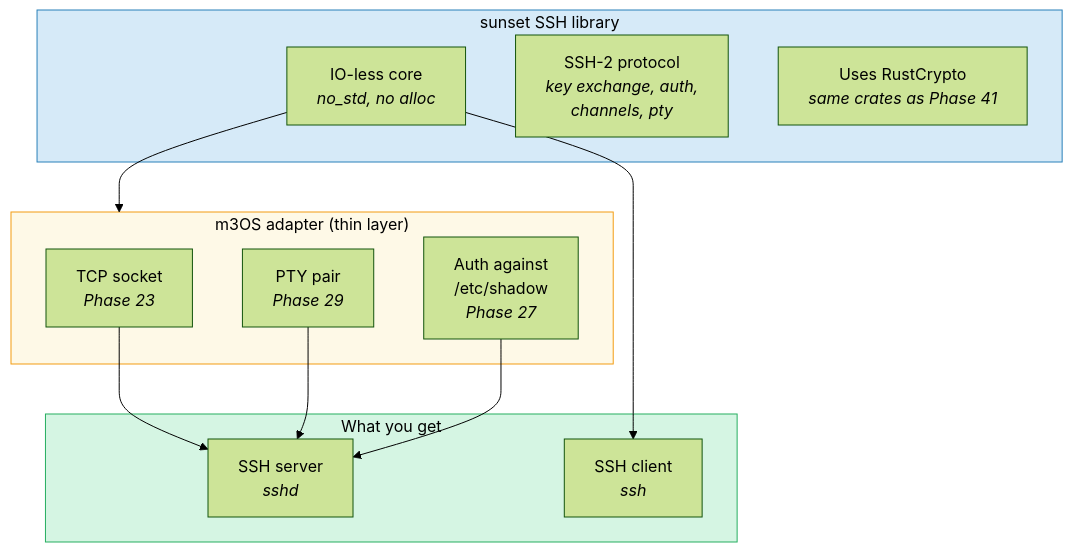
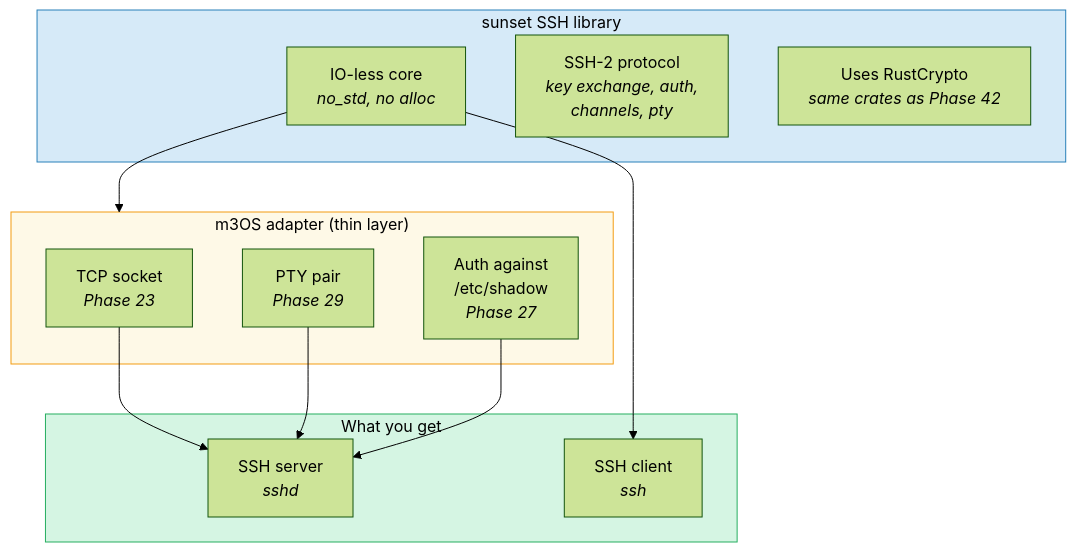
The third of 5 diagrams in docs/rust-crate-acceleration.md (mikecubed/m3OS), drawn with Mermaid (forest theme) before and after one commit. The commit also changed other lines of this file and 34 other files, not shown here.

````diff
--- a/docs/rust-crate-acceleration.md
+++ b/docs/rust-crate-acceleration.md
@@ -152,29 +152,29 @@
 ```mermaid
 flowchart TD
     subgraph SUNSET ["sunset SSH library"]
         CORE["IO-less core<br/><i>no_std, no alloc</i>"]
         PROTO["SSH-2 protocol<br/><i>key exchange, auth,<br/>channels, pty</i>"]
-        CRYPTO_INT["Uses RustCrypto<br/><i>same crates as Phase 41</i>"]
+        CRYPTO_INT["Uses RustCrypto<br/><i>same crates as Phase 42</i>"]
     end
 
     subgraph ADAPTER ["m3OS adapter (thin layer)"]
         SOCK["TCP socket<br/><i>Phase 23</i>"]
         PTY["PTY pair<br/><i>Phase 29</i>"]
         AUTH["Auth against<br/>/etc/shadow<br/><i>Phase 27</i>"]
     end
 
     subgraph RESULT ["What you get"]
         SERVER["SSH server<br/><i>sshd</i>"]
         CLIENT["SSH client<br/><i>ssh</i>"]
     end
 
     CORE --> ADAPTER
     SOCK --> SERVER
     PTY --> SERVER
     AUTH --> SERVER
     CORE --> CLIENT
 
     style SUNSET fill:#d6eaf8,stroke:#2980b9,color:#000
     style ADAPTER fill:#fef9e7,stroke:#f39c12,color:#000
     style RESULT fill:#d5f5e3,stroke:#27ae60,color:#000
 ```
````
